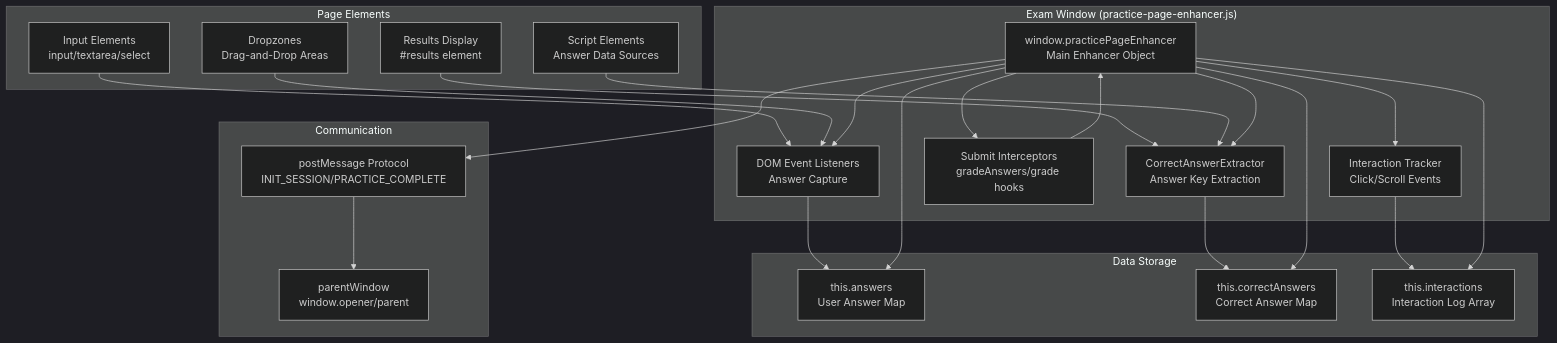
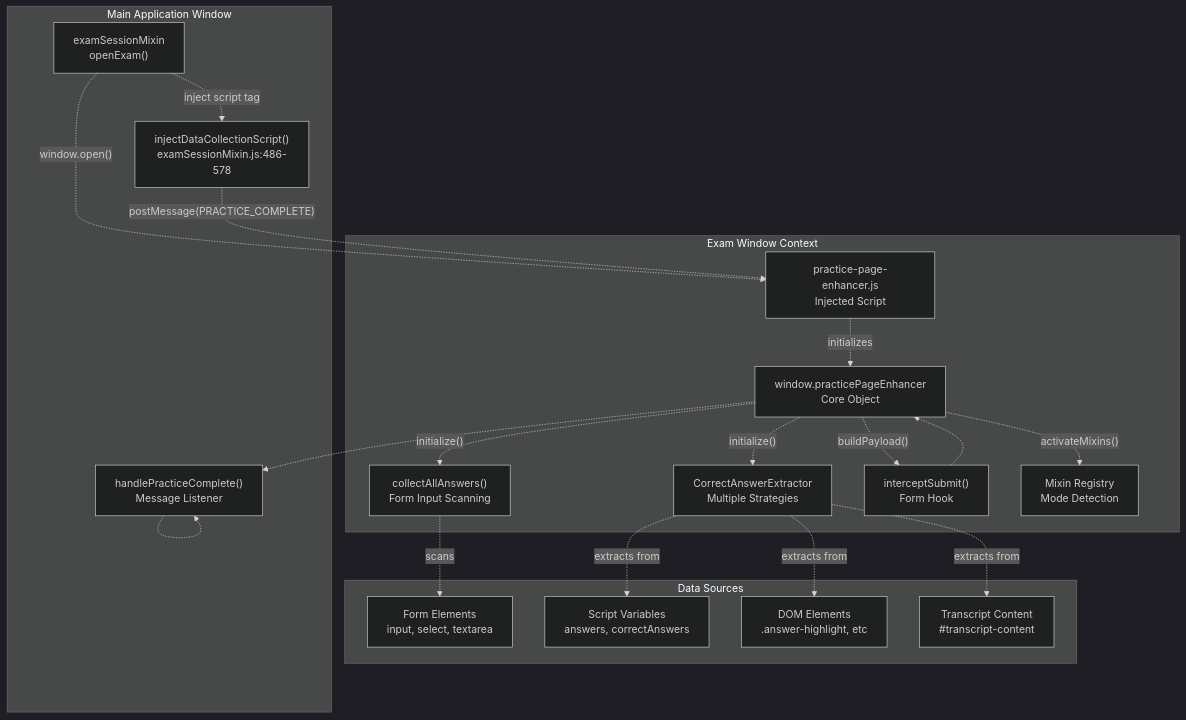
The first of 13 diagrams in developer/doc/Wiki/Practice-Page-Enhancement-&-Data-Collection.md (sallowayma-git/IELTS-practice), drawn with Mermaid (dark theme) before and after one commit. The commit also changed other lines of this file and 84 other files, not shown here.

````diff
--- a/developer/doc/Wiki/Practice-Page-Enhancement-&-Data-Collection.md
+++ b/developer/doc/Wiki/Practice-Page-Enhancement-&-Data-Collection.md
@@ -20,62 +28,57 @@
 ```mermaid
 flowchart TD
 
-ENHANCER["window.practicePageEnhancer<br>Main Enhancer Object"]
-EXTRACTOR["CorrectAnswerExtractor<br>Answer Key Extraction"]
-LISTENERS["DOM Event Listeners<br>Answer Capture"]
-INTERCEPTORS["Submit Interceptors<br>gradeAnswers/grade hooks"]
-TRACKING["Interaction Tracker<br>Click/Scroll Events"]
-USER_ANSWERS["this.answers<br>User Answer Map"]
-CORRECT_ANSWERS["this.correctAnswers<br>Correct Answer Map"]
-INTERACTIONS["this.interactions<br>Interaction Log Array"]
-PARENT["parentWindow<br>window.opener/parent"]
-MESSAGES["postMessage Protocol<br>INIT_SESSION/PRACTICE_COMPLETE"]
-INPUTS["Input Elements<br>input/textarea/select"]
-DROPZONES["Dropzones<br>Drag-and-Drop Areas"]
-RESULTS["Results Display<br>#results element"]
-SCRIPTS["Script Elements<br>Answer Data Sources"]
+ExamSession["examSessionMixin<br>openExam()"]
+InjectionLogic["injectDataCollectionScript()<br>examSessionMixin.js:486-578"]
+MessageHandler["handlePracticeComplete()<br>Message Listener"]
+EnhancerScript["practice-page-enhancer.js<br>Injected Script"]
+EnhancerObject["window.practicePageEnhancer<br>Core Object"]
+AnswerCollector["collectAllAnswers()<br>Form Input Scanning"]
+CorrectExtractor["CorrectAnswerExtractor<br>Multiple Strategies"]
+FormInterceptor["interceptSubmit()<br>Form Hook"]
+MixinEngine["Mixin Registry<br>Mode Detection"]
+FormInputs["Form Elements<br>input, select, textarea"]
+ScriptVars["Script Variables<br>answers, correctAnswers"]
+DOMElements["DOM Elements<br>.answer-highlight, etc"]
+TranscriptContent["Transcript Content<br>#transcript-content"]
 
-LISTENERS --> USER_ANSWERS
-EXTRACTOR --> CORRECT_ANSWERS
-TRACKING --> INTERACTIONS
-INPUTS --> LISTENERS
-DROPZONES --> LISTENERS
-RESULTS --> EXTRACTOR
-SCRIPTS --> EXTRACTOR
-ENHANCER --> MESSAGES
-ENHANCER --> USER_ANSWERS
-ENHANCER --> CORRECT_ANSWERS
-ENHANCER --> INTERACTIONS
+ExamSession -.->|"window.open()"| EnhancerScript
+InjectionLogic -.->|"postMessage(PRACTICE_COMPLETE)"| EnhancerScript
+AnswerCollector -.->|"scans"| FormInputs
+CorrectExtractor -.->|"extracts from"| ScriptVars
+CorrectExtractor -.->|"extracts from"| DOMElements
+CorrectExtractor -.->|"extracts from"| TranscriptContent
+EnhancerObject -.-> MessageHandler
 
-subgraph subGraph3 ["Page Elements"]
-    INPUTS
-    DROPZONES
-    RESULTS
-    SCRIPTS
+subgraph subGraph2 ["Data Sources"]
+    FormInputs
+    ScriptVars
+    DOMElements
+    TranscriptContent
 end
 
-subgraph Communication ["Communication"]
-    PARENT
-    MESSAGES
-    MESSAGES --> PARENT
+subgraph subGraph1 ["Exam Window Context"]
+    EnhancerScript
+    EnhancerObject
+    AnswerCollector
+    CorrectExtractor
+    FormInterceptor
+    MixinEngine
+    EnhancerScript -.->|"initializes"| EnhancerObject
+    EnhancerObject -.->|"initialize()"| AnswerCollector
+    EnhancerObject -.->|"initialize()"| CorrectExtractor
+    EnhancerObject -.->|"buildPayload()"| FormInterceptor
+    EnhancerObject -.->|"activateMixins()"| MixinEngine
+    FormInterceptor -.-> EnhancerObject
 end
 
-subgraph subGraph1 ["Data Storage"]
-    USER_ANSWERS
-    CORRECT_ANSWERS
-    INTERACTIONS
-end
-
-subgraph subGraph0 ["Exam Window (practice-page-enhancer.js)"]
-    ENHANCER
-    EXTRACTOR
-    LISTENERS
-    INTERCEPTORS
-    TRACKING
-    ENHANCER --> LISTENERS
-    ENHANCER --> INTERCEPTORS
-    ENHANCER --> TRACKING
-    ENHANCER --> EXTRACTOR
-    INTERCEPTORS --> ENHANCER
+subgraph subGraph0 ["Main Application Window"]
+    ExamSession
+    InjectionLogic
+    MessageHandler
+    ExamSession -.->|"inject script tag"| InjectionLogic
+    MessageHandler -.->|"normalize & score"| MessageHandler
+    MessageHandler -.-> MessageHandler
+    MessageHandler -.-> MessageHandler
 end
 ```
````
